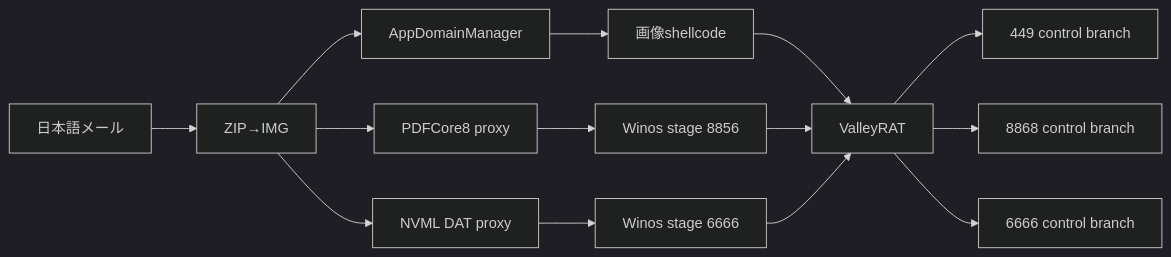
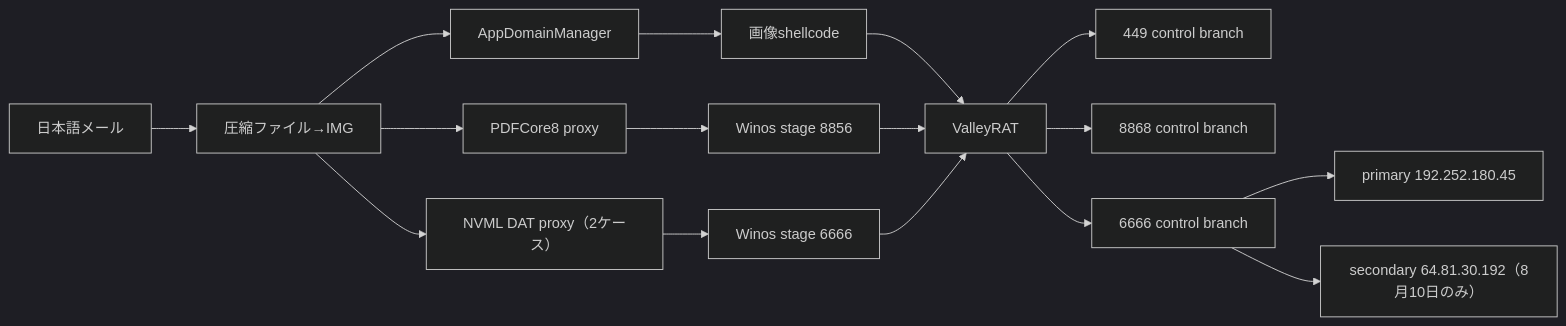
One commit to proshiba/AI-security-analysis changed the diagram in analysis-results/research/campaigns/valleyrat-japanese-malspam-20260804/README.md. Above: the diagram before and after it, drawn with Mermaid (dark theme). The commit also changed other lines of this file and 1412 other files, not shown here.

````diff
--- a/analysis-results/research/campaigns/valleyrat-japanese-malspam-20260804/README.md
+++ b/analysis-results/research/campaigns/valleyrat-japanese-malspam-20260804/README.md
@@ -22,16 +24,18 @@
 ```mermaid
 flowchart LR
-  A["日本語メール"] --> B["ZIP→IMG"]
+  A["日本語メール"] --> B["圧縮ファイル→IMG"]
   B --> C1["AppDomainManager"]
   B --> C2["PDFCore8 proxy"]
-  B --> C3["NVML DAT proxy"]
+  B --> C3["NVML DAT proxy（2ケース）"]
   C1 --> D1["画像shellcode"]
   C2 --> D2["Winos stage 8856"]
   C3 --> D3["Winos stage 6666"]
   D1 --> E["ValleyRAT"]
   D2 --> E
   D3 --> E
   E --> F1["449 control branch"]
   E --> F2["8868 control branch"]
   E --> F3["6666 control branch"]
+  F3 --> G1["primary 192.252.180.45"]
+  F3 --> G2["secondary 64.81.30.192（8月10日のみ）"]
 ```
````
